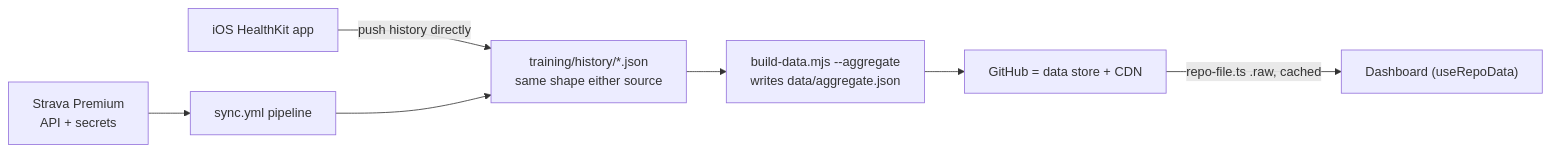
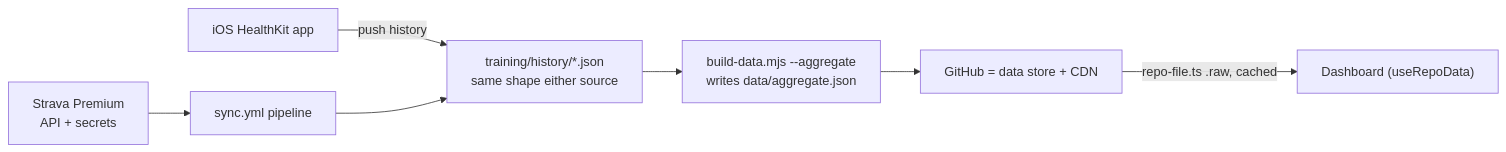
The fourth of 7 diagrams in docs/scaling-plan.md (coach-phelps-hq/coach-phelps-template), drawn with Mermaid before and after one commit. The commit also changed other lines of this file, not shown here.

````diff
--- a/docs/scaling-plan.md
+++ b/docs/scaling-plan.md
@@ -224,9 +152,9 @@
 ```mermaid
 flowchart LR
   strava["Strava Premium<br/>API + secrets"] --> sync["sync.yml pipeline"]
-  ios["iOS HealthKit app"] -->|push history directly| hist["training/history/*.json<br/>same shape either source"]
+  ios["iOS HealthKit app"] -->|push history| hist["training/history/*.json<br/>same shape either source"]
   sync --> hist
   hist --> agg["build-data.mjs --aggregate<br/>writes data/aggregate.json"]
   agg --> ghcdn["GitHub = data store + CDN"]
   ghcdn -->|repo-file.ts .raw, cached| dash["Dashboard (useRepoData)"]
 ```
````
